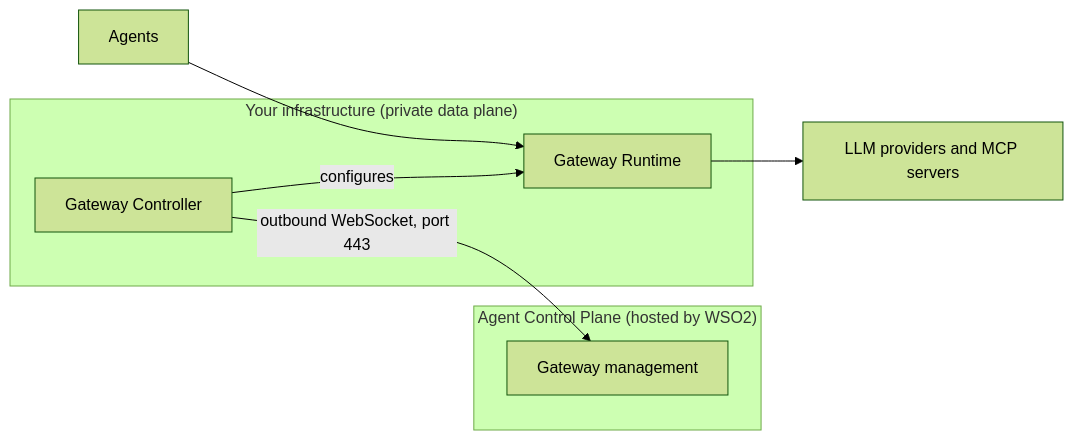
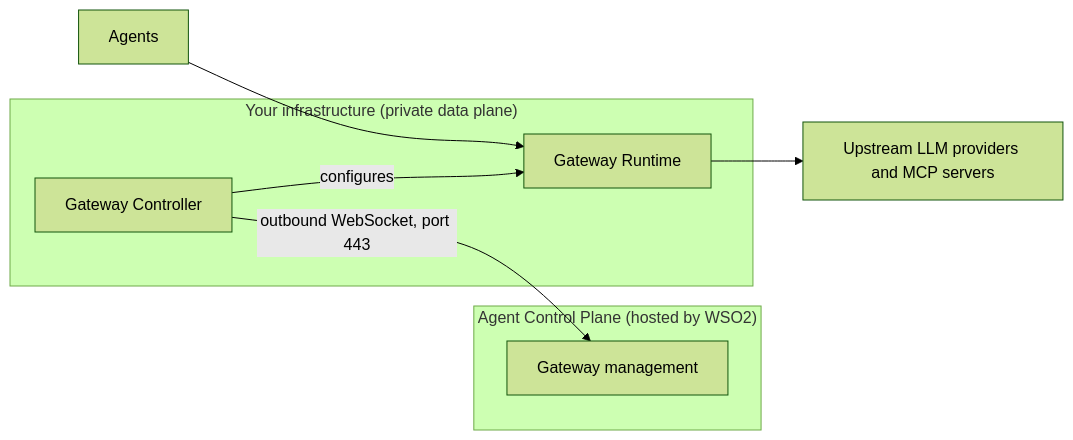
Before and after one commit to wso2/docs-agent-platform: the diagram in versioned_docs/version-cloud-v2/ai-gateway/self-hosted-gateways/architecture.mdx, drawn with Mermaid (forest theme). The commit also changed other lines of this file and 7 other files, not shown here.

First line of the commit message:
Split deploy and test into LLM service provider and MCP server pages

````diff
--- a/versioned_docs/version-cloud-v2/ai-gateway/self-hosted-gateways/architecture.mdx
+++ b/versioned_docs/version-cloud-v2/ai-gateway/self-hosted-gateways/architecture.mdx
@@ -21,12 +21,12 @@
 ```mermaid
 flowchart LR
   subgraph CP["Agent Control Plane (hosted by WSO2)"]
     M["Gateway management"]
   end
   subgraph DP["Your infrastructure (private data plane)"]
     C["Gateway Controller"] -->|"configures"| R["Gateway Runtime"]
   end
   C -->|"outbound WebSocket, port 443"| M
   A["Agents"] --> R
-  R --> U["LLM providers and MCP servers"]
+  R --> U["Upstream LLM providers and MCP servers"]
 ```
````
